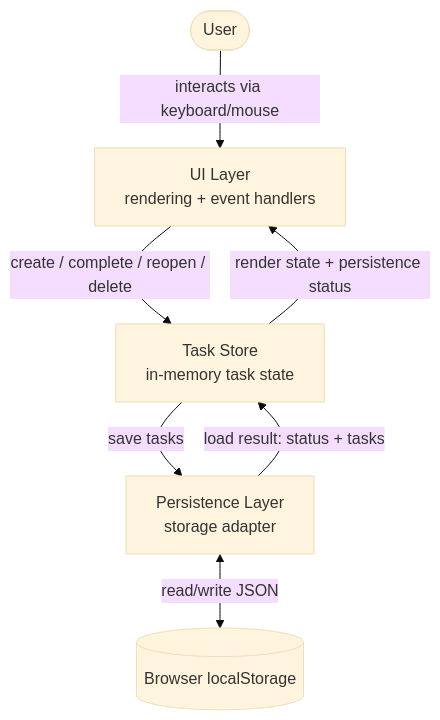
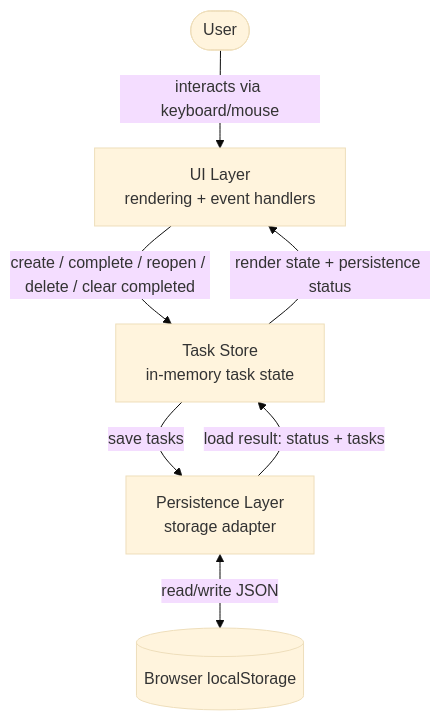
The diagram in architecture.md (vanshepamsystm/CLAUDE-END-TO-END-), drawn with Mermaid (base theme) before and after one commit. The commit also changed other lines of this file, not shown here.

First line of the commit message:
feat(architecture): extend architecture for Clear Completed Tasks

````diff
--- a/architecture.md
+++ b/architecture.md
@@ -43,9 +43,9 @@
 ```mermaid
 flowchart TD
     User(["User"]) -->|interacts via keyboard/mouse| UI[UI Layer<br/>rendering + event handlers]
-    UI -->|create / complete / reopen / delete| Store[Task Store<br/>in-memory task state]
+    UI -->|create / complete / reopen / delete / clear completed| Store[Task Store<br/>in-memory task state]
     Store -->|render state + persistence status| UI
     Store -->|save tasks| Persistence[Persistence Layer<br/>storage adapter]
     Persistence -->|load result: status + tasks| Store
     Persistence <-->|read/write JSON| LocalStorage[(Browser localStorage)]
 ```
````
